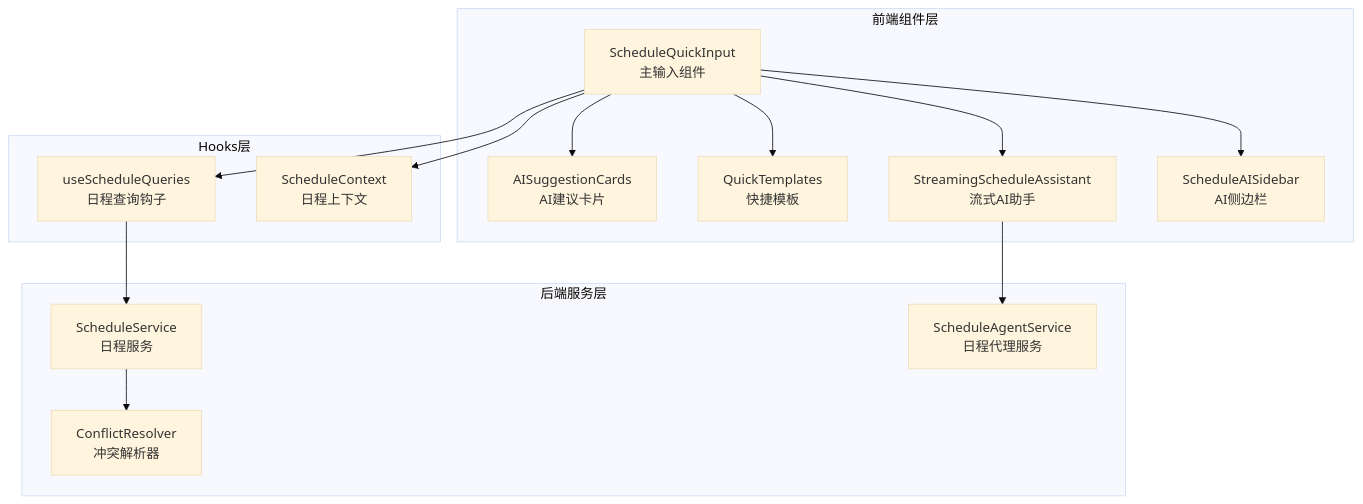
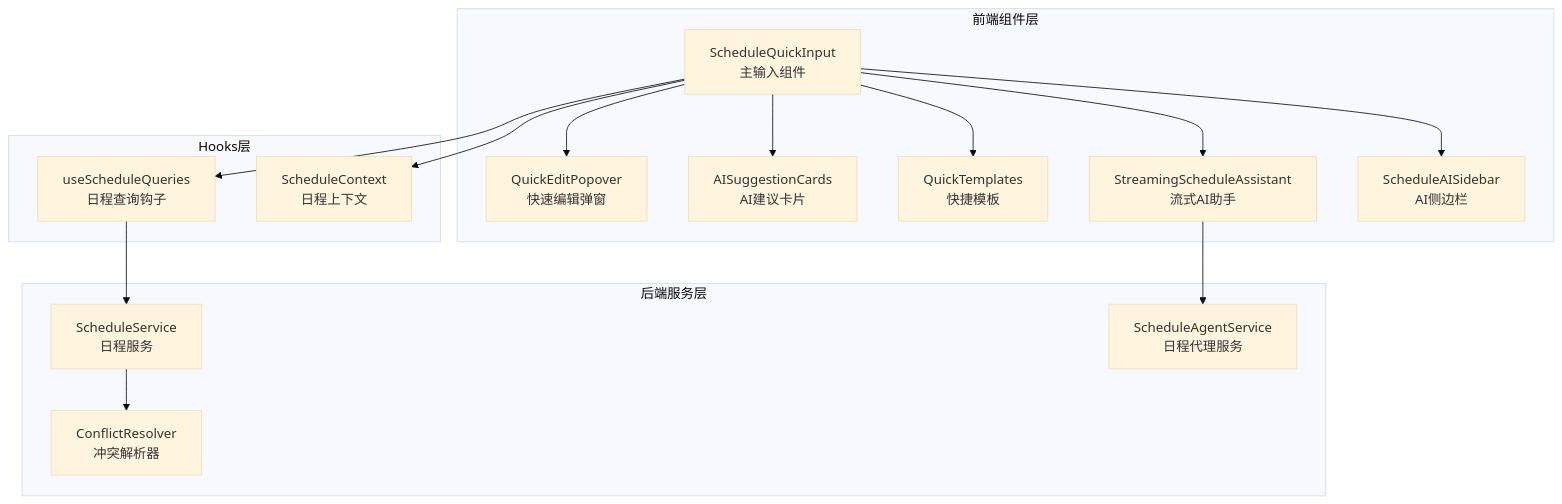
The first of 15 diagrams in .qoder/repowiki/zh/content/UI 组件库/专用功能组件/日程快速输入组件.md (hrygo/memos), drawn with Mermaid (base theme) before and after one commit. The commit also changed other lines of this file and 29 other files, not shown here.

````diff
--- a/.qoder/repowiki/zh/content/UI 组件库/专用功能组件/日程快速输入组件.md
+++ b/.qoder/repowiki/zh/content/UI 组件库/专用功能组件/日程快速输入组件.md
@@ -44,28 +55,30 @@
 ```mermaid
 graph TB
 subgraph "前端组件层"
 SQI[ScheduleQuickInput<br/>主输入组件]
+QEP[QuickEditPopover<br/>快速编辑弹窗]
 ASC[AISuggestionCards<br/>AI建议卡片]
 QTD[QuickTemplates<br/>快捷模板]
 SSA[StreamingScheduleAssistant<br/>流式AI助手]
 SAS[ScheduleAISidebar<br/>AI侧边栏]
 end
 subgraph "Hooks层"
 USQ[useScheduleQueries<br/>日程查询钩子]
 SC[ScheduleContext<br/>日程上下文]
 end
 subgraph "后端服务层"
 CR[ConflictResolver<br/>冲突解析器]
 SS[ScheduleService<br/>日程服务]
 SAG[ScheduleAgentService<br/>日程代理服务]
 end
+SQI --> QEP
 SQI --> ASC
 SQI --> QTD
 SQI --> USQ
 SQI --> SC
 SQI --> SSA
 SQI --> SAS
 USQ --> SS
 SS --> CR
 SSA --> SAG
 ```
````
